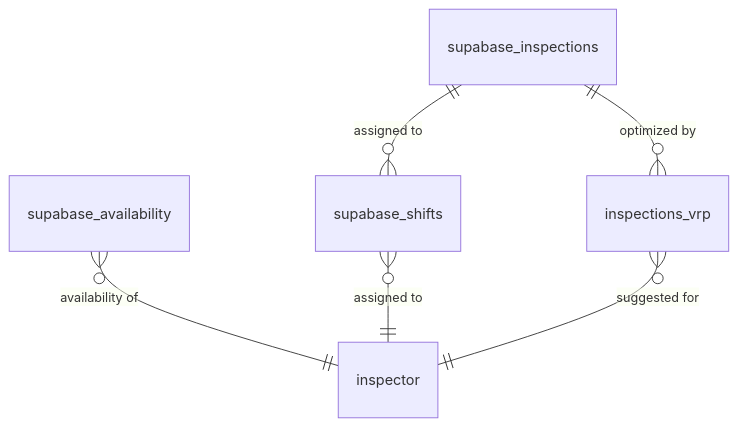
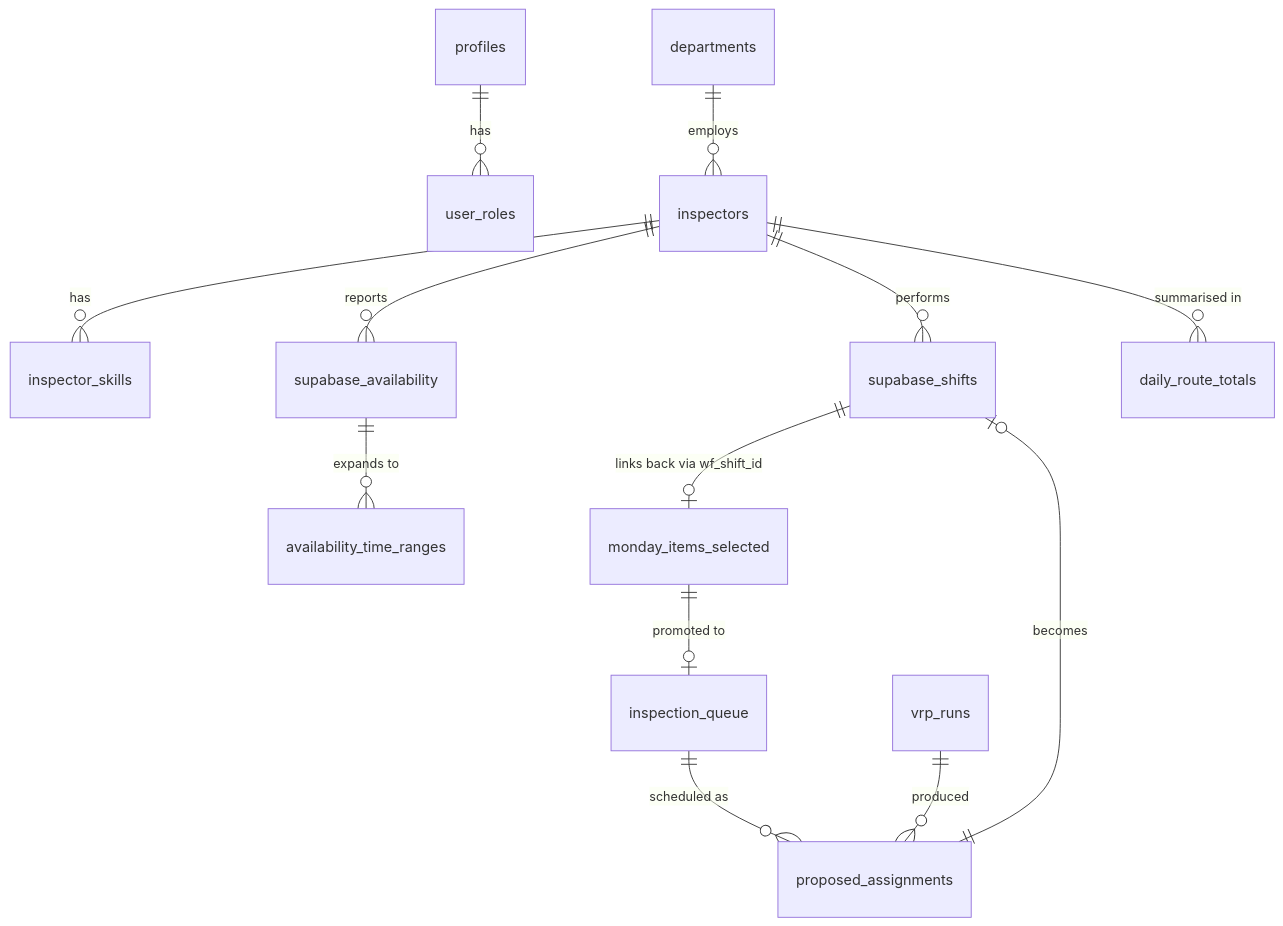
The diagram in docs/data-model.md (MadsProfSyn/planlaeg), drawn with Mermaid before and after one commit. The commit also changed other lines of this file, not shown here.

````diff
--- a/docs/data-model.md
+++ b/docs/data-model.md
@@ -133,8 +414,16 @@
 ```mermaid
 erDiagram
-    supabase_inspections ||--o{ supabase_shifts : "assigned to"
-    supabase_inspections ||--o{ inspections_vrp : "optimized by"
-    supabase_availability }o--|| inspector : "availability of"
-    supabase_shifts }o--|| inspector : "assigned to"
-    inspections_vrp }o--|| inspector : "suggested for"
+    profiles ||--o{ user_roles : "has"
+    inspectors ||--o{ inspector_skills : "has"
+    inspectors ||--o{ supabase_availability : "reports"
+    supabase_availability ||--o{ availability_time_ranges : "expands to"
+    departments ||--o{ inspectors : "employs"
+
+    monday_items_selected ||--o| inspection_queue : "promoted to"
+    inspection_queue ||--o{ proposed_assignments : "scheduled as"
+    vrp_runs ||--o{ proposed_assignments : "produced"
+    proposed_assignments ||--o| supabase_shifts : "becomes"
+    inspectors ||--o{ supabase_shifts : "performs"
+    supabase_shifts ||--o| monday_items_selected : "links back via wf_shift_id"
+    inspectors ||--o{ daily_route_totals : "summarised in"
 ```
````
